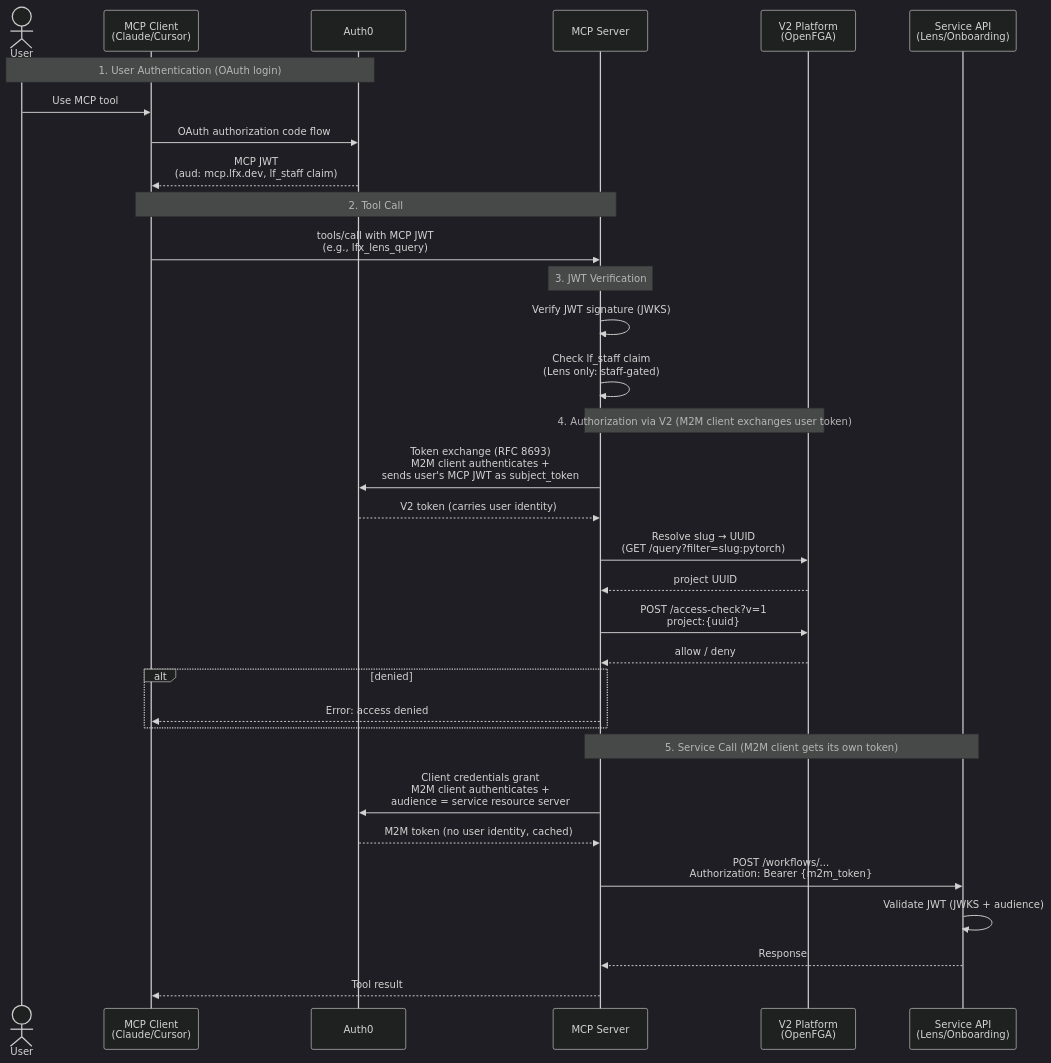
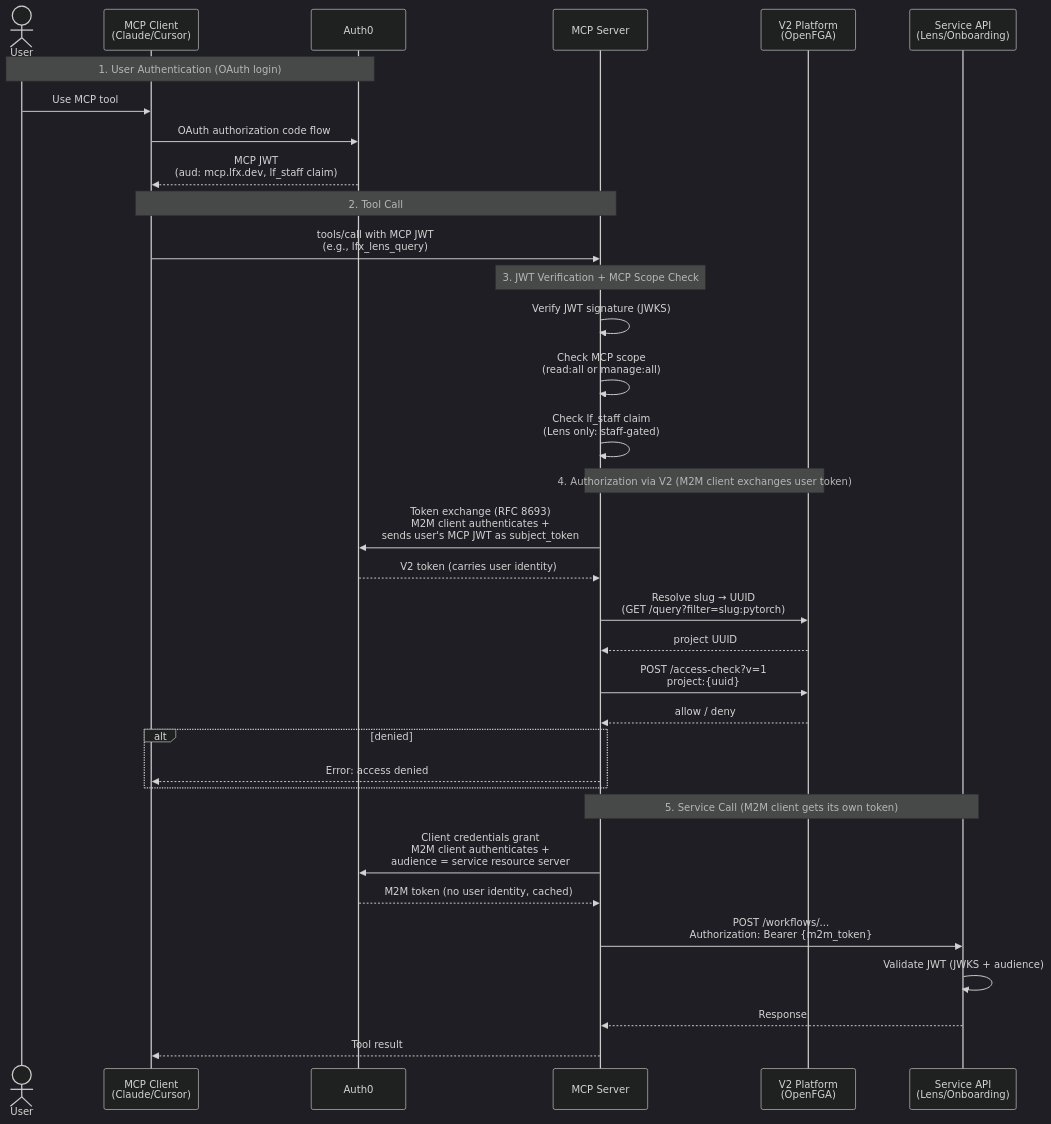
The first of 2 diagrams in docs/service-api-architecture.md (linuxfoundation/lfx-mcp), drawn with Mermaid (dark theme) before and after one commit. The commit also changed other lines of this file and 5 other files, not shown here.

First line of the commit message:
Address PR review feedback: fix access-check parsing, enforce MCP scopes on service tools

````diff
--- a/docs/service-api-architecture.md
+++ b/docs/service-api-architecture.md
@@ -37,45 +39,46 @@
 ```mermaid
 sequenceDiagram
     actor User
     participant Client as MCP Client<br/>(Claude/Cursor)
     participant Auth0
     participant MCP as MCP Server
     participant V2 as V2 Platform<br/>(OpenFGA)
     participant Service as Service API<br/>(Lens/Onboarding)
 
     Note over User,Auth0: 1. User Authentication (OAuth login)
     User->>Client: Use MCP tool
     Client->>Auth0: OAuth authorization code flow
     Auth0-->>Client: MCP JWT<br/>(aud: mcp.lfx.dev, lf_staff claim)
 
     Note over Client,MCP: 2. Tool Call
     Client->>MCP: tools/call with MCP JWT<br/>(e.g., lfx_lens_query)
 
-    Note over MCP: 3. JWT Verification
+    Note over MCP: 3. JWT Verification + MCP Scope Check
     MCP->>MCP: Verify JWT signature (JWKS)
+    MCP->>MCP: Check MCP scope<br/>(read:all or manage:all)
     MCP->>MCP: Check lf_staff claim<br/>(Lens only: staff-gated)
 
     Note over MCP,V2: 4. Authorization via V2 (M2M client exchanges user token)
     MCP->>Auth0: Token exchange (RFC 8693)<br/>M2M client authenticates +<br/>sends user's MCP JWT as subject_token
     Auth0-->>MCP: V2 token (carries user identity)
 
     MCP->>V2: Resolve slug → UUID<br/>(GET /query?filter=slug:pytorch)
     V2-->>MCP: project UUID
 
     MCP->>V2: POST /access-check?v=1<br/>project:{uuid}#auditor
     V2-->>MCP: allow / deny
 
     alt denied
         MCP-->>Client: Error: access denied
     end
 
     Note over MCP,Service: 5. Service Call (M2M client gets its own token)
     MCP->>Auth0: Client credentials grant<br/>M2M client authenticates +<br/>audience = service resource server
     Auth0-->>MCP: M2M token (no user identity, cached)
 
     MCP->>Service: POST /workflows/...<br/>Authorization: Bearer {m2m_token}
     Service->>Service: Validate JWT (JWKS + audience)
     Service-->>MCP: Response
 
     MCP-->>Client: Tool result
 ```
````
